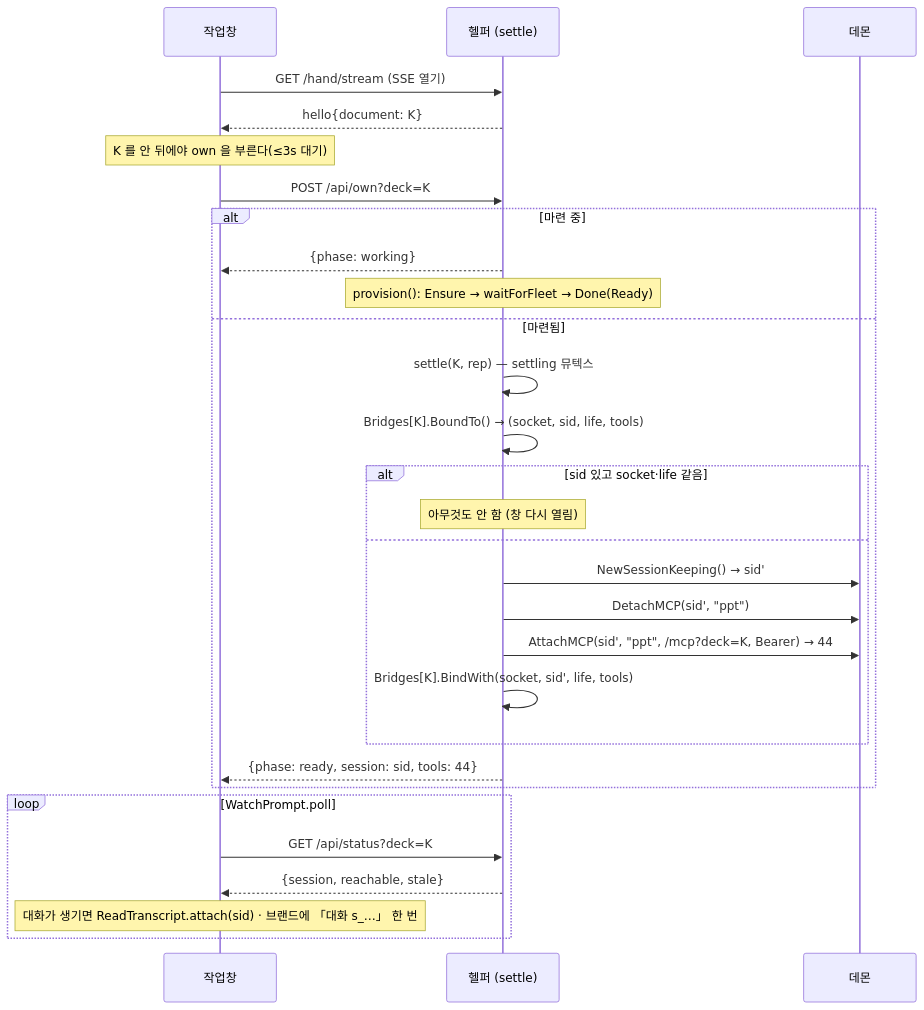
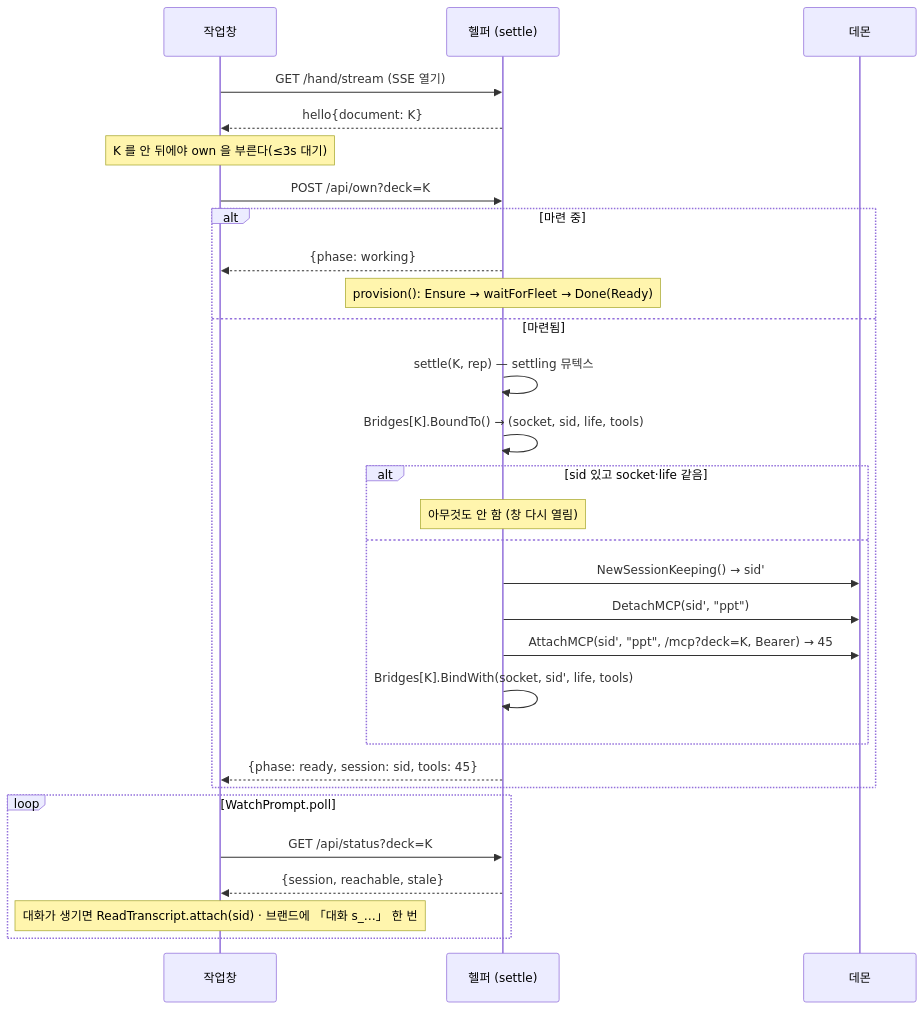
One commit to sayaya1090/magi changed the third of 7 diagrams in clients/powerpoint/docs/DIAGRAMS.ko.md. Above: the diagram before and after it, drawn with Mermaid. The commit also changed other lines of this file and 10 other files, not shown here.

````diff
--- a/clients/powerpoint/docs/DIAGRAMS.ko.md
+++ b/clients/powerpoint/docs/DIAGRAMS.ko.md
@@ -86,31 +86,31 @@
 ```mermaid
 sequenceDiagram
   participant P as 작업창
   participant H as 헬퍼 (settle)
   participant D as 데몬
   P->>H: GET /hand/stream (SSE 열기)
   H-->>P: hello{document: K}
   Note over P: K 를 안 뒤에야 own 을 부른다(≤3s 대기)
   P->>H: POST /api/own?deck=K
   alt 마련 중
     H-->>P: {phase: working}
     Note over H: provision(): Ensure → waitForFleet → Done(Ready)
   else 마련됨
     H->>H: settle(K, rep) — settling 뮤텍스
     H->>H: Bridges[K].BoundTo() → (socket, sid, life, tools)
     alt sid 있고 socket·life 같음
       Note over H: 아무것도 안 함 (창 다시 열림)
     else
       H->>D: NewSessionKeeping() → sid'
       H->>D: DetachMCP(sid', "ppt")
-      H->>D: AttachMCP(sid', "ppt", /mcp?deck=K, Bearer) → 44
+      H->>D: AttachMCP(sid', "ppt", /mcp?deck=K, Bearer) → 45
       H->>H: Bridges[K].BindWith(socket, sid', life, tools)
     end
-    H-->>P: {phase: ready, session: sid, tools: 44}
+    H-->>P: {phase: ready, session: sid, tools: 45}
   end
   loop WatchPrompt.poll
     P->>H: GET /api/status?deck=K
     H-->>P: {session, reachable, stale}
     Note over P: 대화가 생기면 ReadTranscript.attach(sid) · 브랜드에 「대화 s_…」 한 번
   end
 ```
````
